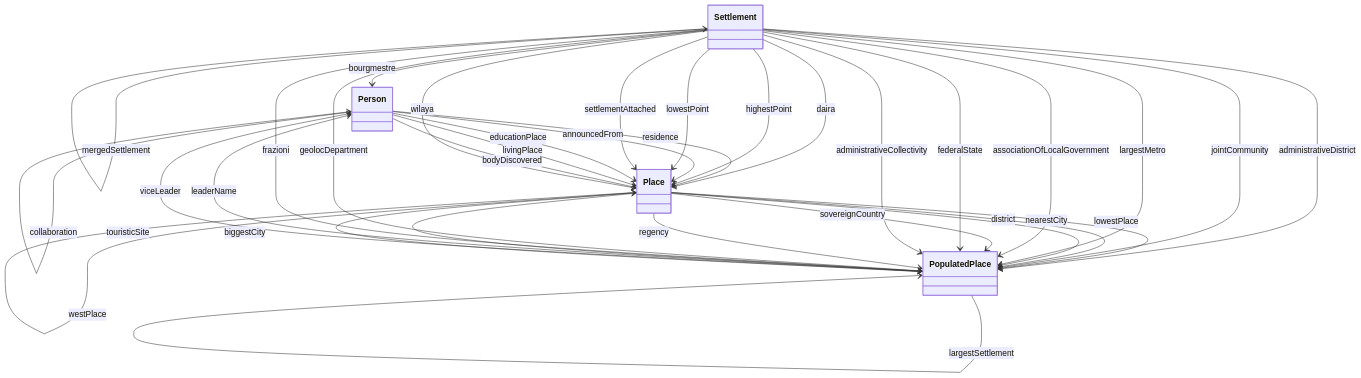
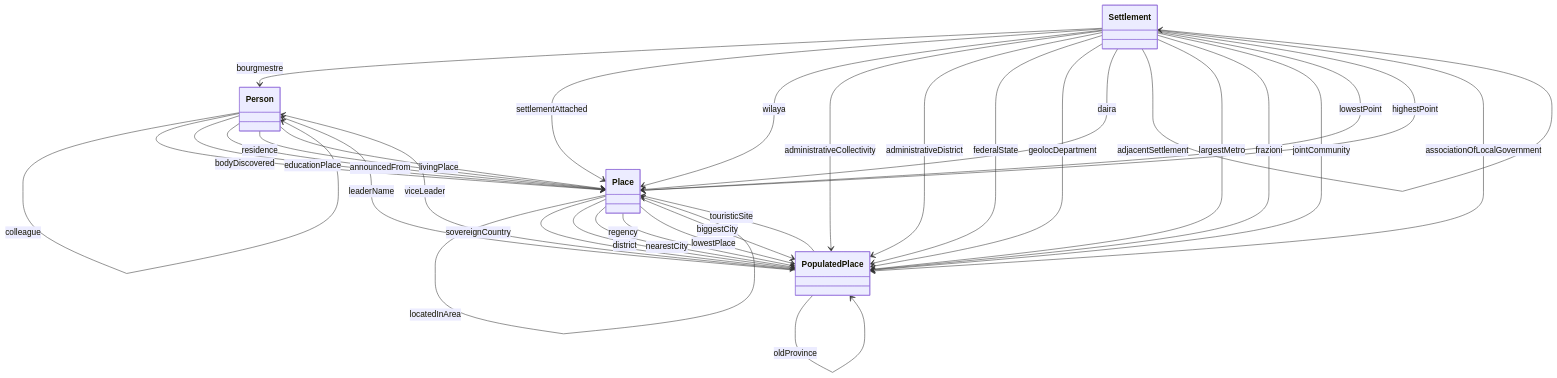
The diagram in output/Top_in_lov/dbpedia.owl-title-4.md (oeg-upm/Devos), drawn with Mermaid before and after one commit. The commit also changed 295 other files, not shown here.

````diff
--- a/output/Top_in_lov/dbpedia.owl-title-4.md
+++ b/output/Top_in_lov/dbpedia.owl-title-4.md
@@ -20,161 +20,160 @@
 
 
 
-Person  --> Person   :cousurper  
+Person  --> Person   :seiyu  
+
+Place  --> Place   :supply  
+
+Person  --> Person   :collaboration  
+
+Person  --> Person   :opponent  
+
+Settlement  --> Person   :bourgmestre  
+
+Person  --> Person   :usurper  
+
+PopulatedPlace  --> PopulatedPlace   :largestSettlement  
+
+Settlement  --> Place   :settlementAttached  
+
+Place  --> Place   :westPlace  
+
+Settlement  --> Place   :wilaya  
+
+Place  --> Place   :southWestPlace  
+
+Settlement  --> PopulatedPlace   :administrativeCollectivity  
+
+Person  --> Person   :copilote  
+
+PopulatedPlace  --> Person   :leaderName  
+
+Person  --> Place   :bodyDiscovered  
+
+Person  --> Person   :spouse  
+
+Place  --> PopulatedPlace   :sovereignCountry  
+
+Person  --> Person   :child  
+
+Person  --> Person   :parent  
+
+Person  --> Person   :sibling  
 
 Settlement  --> PopulatedPlace   :administrativeDistrict  
 
+Place  --> Place   :northWestPlace  
+
+Place  --> Place   :northEastPlace  
+
+Place  --> PopulatedPlace   :district  
+
+PopulatedPlace  --> PopulatedPlace   :borough  
+
+Place  --> Place   :hasOutsidePlace  
+
+Person  --> Place   :educationPlace  
+
+Place  --> PopulatedPlace   :nearestCity  
+
+Place  --> Place   :hasInsidePlace  
+
+Person  --> Person   :friend  
+
+PopulatedPlace  --> Place   :touristicSite  
+
+Place  --> Place   :eastPlace  
+
+Person  --> Person   :dubber  
+
+PopulatedPlace  --> PopulatedPlace   :oldDistrict  
+
+PopulatedPlace  --> PopulatedPlace   :sheading  
+
+Place  --> Place   :previousEntity  
+
+Place  --> Place   :endPoint  
+
+Person  --> Person   :detractor  
+
+Place  --> PopulatedPlace   :regency  
+
 Place  --> PopulatedPlace   :lowestPlace  
 
-Person  --> Person   :child  
+Place  --> Place   :subregion  
 
-Settlement  --> Settlement   :canton  
+Settlement  --> PopulatedPlace   :federalState  
 
-Person  --> Person   :seiyu  
-
-Person  --> Person   :opponent  
-
-PopulatedPlace  --> Person   :leaderName  
-
-Settlement  --> Person   :bourgmestre  
+PopulatedPlace  --> PopulatedPlace   :principalArea  
 
 PopulatedPlace  --> Person   :viceLeader  
 
-Settlement  --> PopulatedPlace   :jointCommunity  
+PopulatedPlace  --> PopulatedPlace   :ceremonialCounty  
 
-Place  --> PopulatedPlace   :nearestCity  
+Place  --> Place   :mainIsland  
 
-Person  --> Person   :relation  
+Settlement  --> PopulatedPlace   :geolocDepartment  
 
-Settlement  --> Settlement   :adjacentSettlement  
+Person  --> Place   :announcedFrom  
 
-Person  --> Person   :spouse  
+PopulatedPlace  --> PopulatedPlace   :lieutenancyArea  
 
-Place  --> Place   :previousEntity  
-
-Person  --> Person   :sibling  
-
-Person  --> Person   :dubber  
-
-Place  --> Place   :eastPlace  
-
-PopulatedPlace  --> Place   :touristicSite  
-
-Person  --> Person   :parent  
+PopulatedPlace  --> PopulatedPlace   :arrondissement  
 
 Settlement  --> Place   :daira  
 
-PopulatedPlace  --> PopulatedPlace   :lieutenancyArea  
+Settlement  --> Settlement   :mergedSettlement  
 
-Place  --> Place   :northEastPlace  
+Person  --> Person   :relative  
 
-Person  --> Person   :friend  
-
-PopulatedPlace  --> PopulatedPlace   :neighboringMunicipality  
-
-Person  --> Person   :copilote  
-
-Place  --> PopulatedPlace   :district  
-
-PopulatedPlace  --> PopulatedPlace   :ceremonialCounty  
-
-Person  --> Person   :usurper  
-
-PopulatedPlace  --> PopulatedPlace   :sheading  
-
-Place  --> Place   :northPlace  
-
-PopulatedPlace  --> PopulatedPlace   :oldProvince  
+Settlement  --> Settlement   :canton  
 
 Person  --> Place   :residence  
 
 Settlement  --> PopulatedPlace   :largestMetro  
 
-Place  --> Place   :nextEntity  
+Settlement  --> PopulatedPlace   :frazioni  
 
-Place  --> Place   :supply  
+Settlement  --> PopulatedPlace   :jointCommunity  
+
+Person  --> Place   :livingPlace  
+
+Person  --> Person   :student  
+
+PopulatedPlace  --> PopulatedPlace   :neighboringMunicipality  
+
+Person  --> Person   :relation  
+
+Settlement  --> Place   :lowestPoint  
 
 Settlement  --> Settlement   :twinTown  
 
-Settlement  --> PopulatedPlace   :associationOfLocalGovernment  
+Place  --> Place   :northPlace  
 
-PopulatedPlace  --> PopulatedPlace   :borough  
+Place  --> PopulatedPlace   :biggestCity  
 
-Place  --> Place   :northWestPlace  
+Place  --> Place   :land  
+
+Person  --> Person   :cousurper  
+
+Place  --> Place   :closeTo  
+
+PopulatedPlace  --> PopulatedPlace   :largestCity  
+
+Place  --> Place   :southEastPlace  
+
+PopulatedPlace  --> PopulatedPlace   :oldProvince  
+
+Settlement  --> Settlement   :adjacentSettlement  
 
 Settlement  --> Place   :highestPoint  
 
-PopulatedPlace  --> PopulatedPlace   :principalArea  
+Place  --> Place   :nextEntity  
 
-Person  --> Place   :announcedFrom  
-
-Place  --> PopulatedPlace   :sovereignCountry  
-
-Place  --> Place   :subregion  
-
-Settlement  --> PopulatedPlace   :federalState  
-
-PopulatedPlace  --> PopulatedPlace   :arrondissement  
-
-PopulatedPlace  --> PopulatedPlace   :oldDistrict  
-
-PopulatedPlace  --> PopulatedPlace   :largestCity  
-
-Settlement  --> PopulatedPlace   :administrativeCollectivity  
-
-Place  --> Place   :land  
-
-Settlement  --> Place   :lowestPoint  
+Settlement  --> PopulatedPlace   :associationOfLocalGovernment  
 
 Person  --> Person   :colleague  
 
-Place  --> Place   :hasInsidePlace  
-
-Place  --> PopulatedPlace   :regency  
-
-Settlement  --> Settlement   :mergedSettlement  
-
-Place  --> Place   :southEastPlace  
-
-Settlement  --> Place   :settlementAttached  
-
-Settlement  --> PopulatedPlace   :geolocDepartment  
-
-Place  --> Place   :mainIsland  
-
-Place  --> Place   :hasOutsidePlace  
-
-Person  --> Place   :educationPlace  
-
-Person  --> Place   :livingPlace  
-
-Person  --> Person   :relative  
-
-Place  --> Place   :closeTo  
-
-Person  --> Place   :bodyDiscovered  
-
-Place  --> Place   :endPoint  
-
-Person  --> Person   :detractor  
-
-Person  --> Person   :student  
-
-Place  --> Place   :southWestPlace  
-
-Settlement  --> PopulatedPlace   :frazioni  
-
 Place  --> Place   :locatedInArea  
 
-Place  --> PopulatedPlace   :biggestCity  
-
-PopulatedPlace  --> PopulatedPlace   :largestSettlement  
-
-Place  --> Place   :westPlace  
-
-Person  --> Person   :collaboration  
-
-Settlement  --> Place   :wilaya  
-
-
 ```
````
